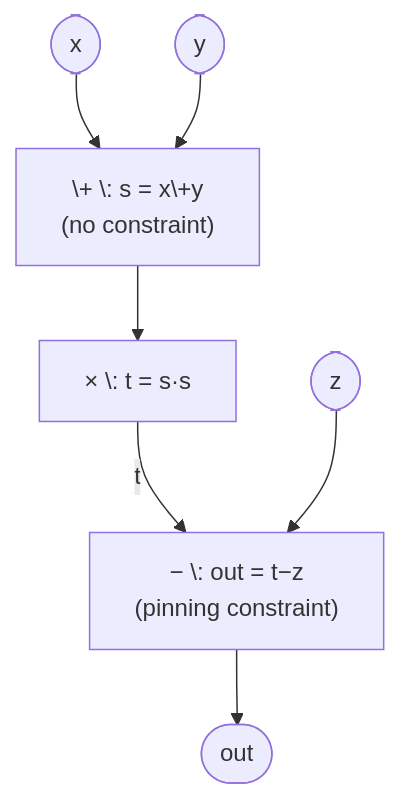
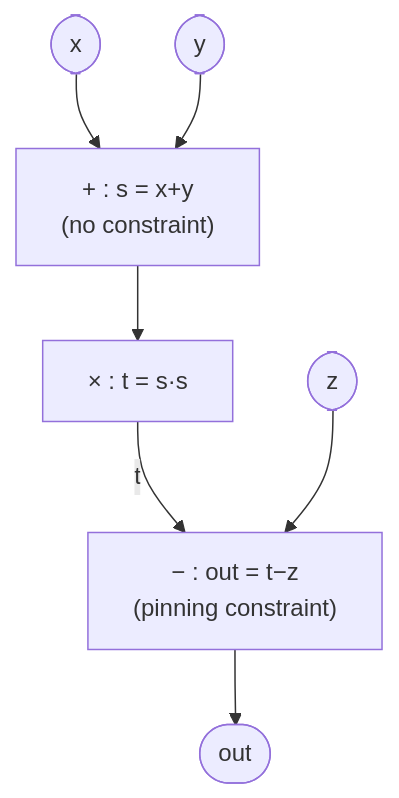
Before and after one commit to nhatminh65537/kitsu-quartz: the third of 4 diagrams in content/zkverify-series/arithmetic-circuits/07-circuit-to-r1cs.md, drawn with Mermaid. The commit also changed other lines of this file and 127 other files, not shown here.

````diff
--- a/content/zkverify-series/arithmetic-circuits/07-circuit-to-r1cs.md
+++ b/content/zkverify-series/arithmetic-circuits/07-circuit-to-r1cs.md
@@ -223,8 +215,8 @@
 ```mermaid
 graph TD
-    x(["x"]) & y(["y"]) --> add["\+ \: s = x\+y<br>(no constraint)"]
-    add --> mul["× \: t = s·s"]
-    mul -->|t| sub["− \: out = t−z<br>(pinning constraint)"]
+    x(["x"]) & y(["y"]) --> add["+ : s = x+y<br>(no constraint)"]
+    add --> mul["× : t = s·s"]
+    mul -->|t| sub["− : out = t−z<br>(pinning constraint)"]
     z_in(["z"]) --> sub
     sub --> out(["out"])
 ```
````
